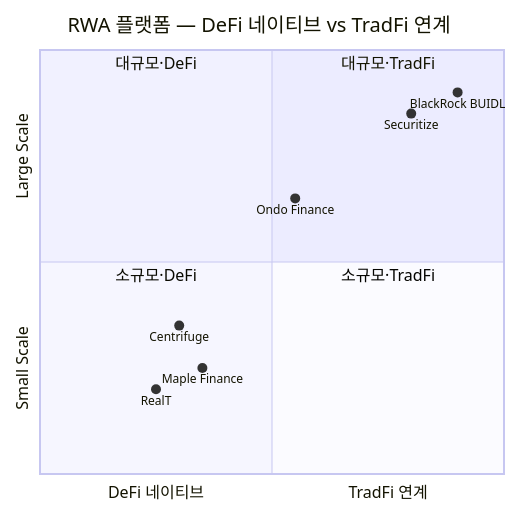
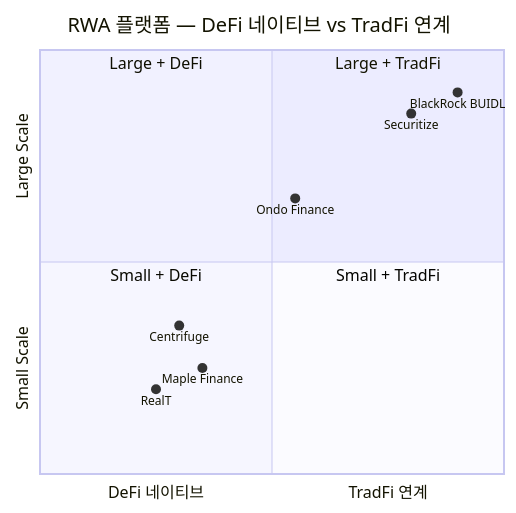
One commit to OkyoKwon/studyNresearch changed the first of 2 diagrams in docs/domains/rwa/products/index.md. Above: the diagram before and after it, drawn with Mermaid. The commit also changed 10 other files, not shown here.

````diff
--- a/docs/domains/rwa/products/index.md
+++ b/docs/domains/rwa/products/index.md
@@ -35,16 +35,16 @@
 ```mermaid
 quadrantChart
     title RWA 플랫폼 — DeFi 네이티브 vs TradFi 연계
     x-axis DeFi 네이티브 --> TradFi 연계
     y-axis Small Scale --> Large Scale
-    quadrant-1 대규모·TradFi
-    quadrant-2 대규모·DeFi
-    quadrant-3 소규모·DeFi
-    quadrant-4 소규모·TradFi
+    quadrant-1 Large + TradFi
+    quadrant-2 Large + DeFi
+    quadrant-3 Small + DeFi
+    quadrant-4 Small + TradFi
     Centrifuge: [0.30, 0.35]
     Ondo Finance: [0.55, 0.65]
     Maple Finance: [0.35, 0.25]
     RealT: [0.25, 0.20]
     Securitize: [0.80, 0.85]
     BlackRock BUIDL: [0.90, 0.90]
 ```
````
